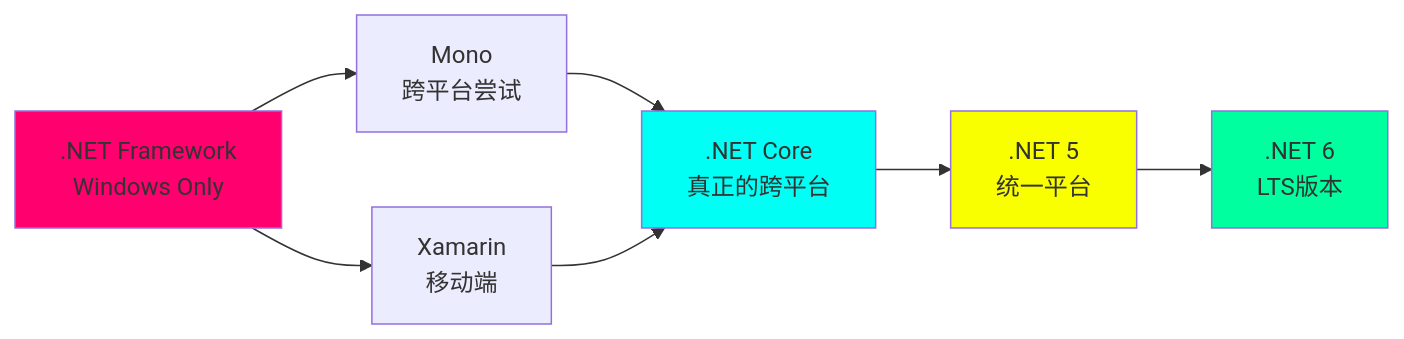
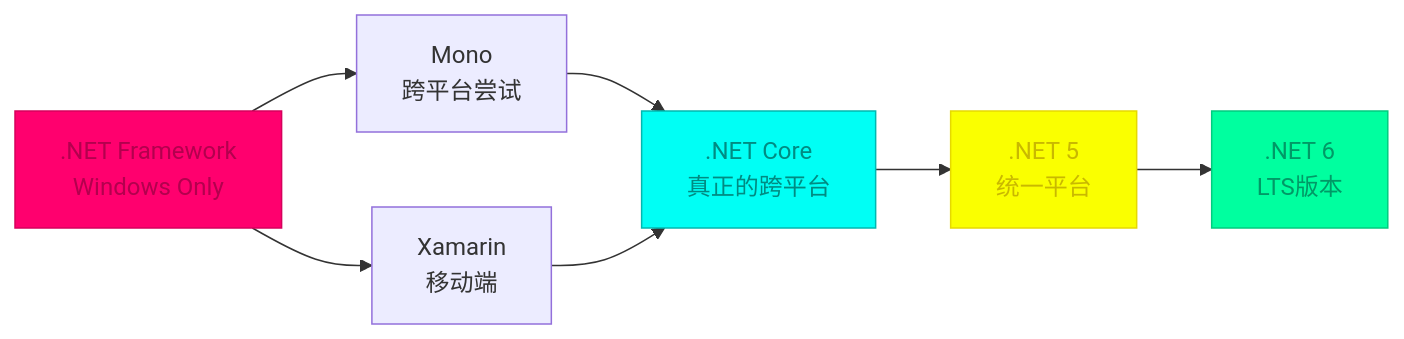
Before and after one commit to FreezeSoul/freezesoul.github.com: the first of 3 diagrams in _posts/2021-06-15-dotnet-cross-platform.md, drawn with Mermaid. The commit also changed other lines of this file and 9 other files, not shown here.

Commit message:
修正mermaid配色与要求

````diff
--- a/_posts/2021-06-15-dotnet-cross-platform.md
+++ b/_posts/2021-06-15-dotnet-cross-platform.md
@@ -45,14 +45,14 @@
 ```mermaid
 graph LR
     A[.NET Framework<br/>Windows Only] --> B[Mono<br/>跨平台尝试]
     A --> C[Xamarin<br/>移动端]
     B --> D[.NET Core<br/>真正的跨平台]
     C --> D
     D --> E[.NET 5<br/>统一平台]
     E --> F[.NET 6<br/>LTS版本]
 
-    style A fill:#ff006e
-    style D fill:#00fff5
-    style E fill:#faff00
-    style F fill:#00ff9f
+    style A fill:#ff006e,stroke:#d6005c,color:#b3004e
+    style D fill:#00fff5,stroke:#00b8b0,color:#008b82
+    style E fill:#faff00,stroke:#e6d900,color:#c9b800
+    style F fill:#00ff9f,stroke:#00cc7f,color:#009966
 ```
````
